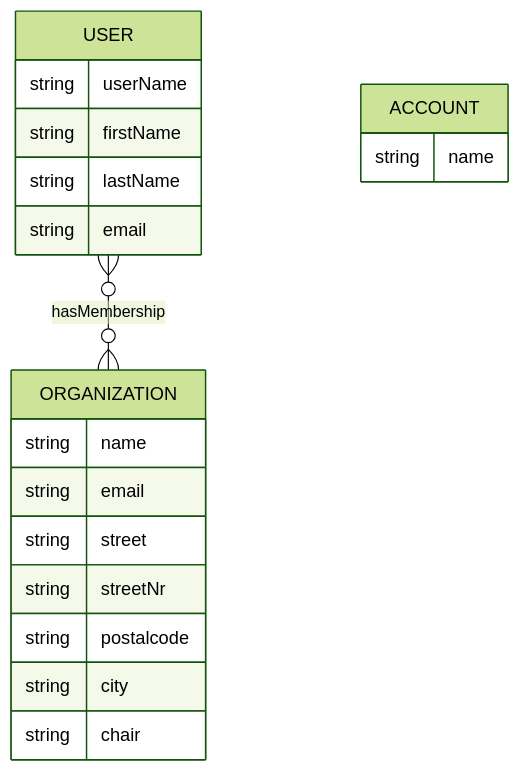
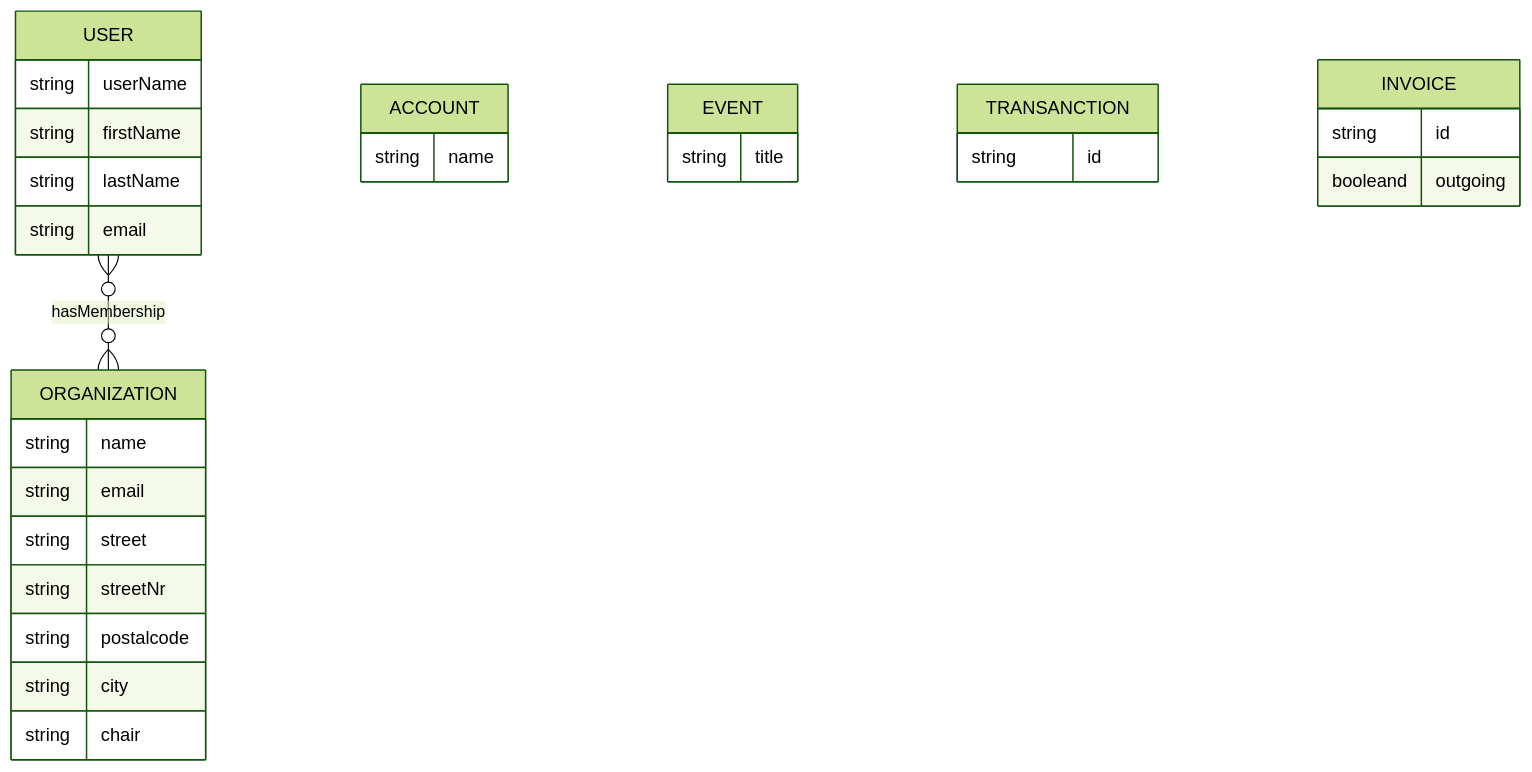
The diagram in erd.md (Stiehl-seine-Perlen/Benevolo), drawn with Mermaid (forest theme) before and after one commit.

````diff
--- a/erd.md
+++ b/erd.md
@@ -4,22 +4,32 @@
 ```mermaid
   erDiagram
     USER }o--o{ ORGANIZATION : hasMembership
     USER {
       string userName
       string firstName
       string lastName
       string email
     }
     ORGANIZATION {
       string name
       string email
       string street
       string streetNr
       string postalcode
       string city
       string chair
     }
     ACCOUNT {
       string name
     }
+    EVENT {
+      string title
+    }
+    TRANSANCTION {
+      string id
+    }
+    INVOICE {
+      string id
+      booleand outgoing
+    }
 ```
````
